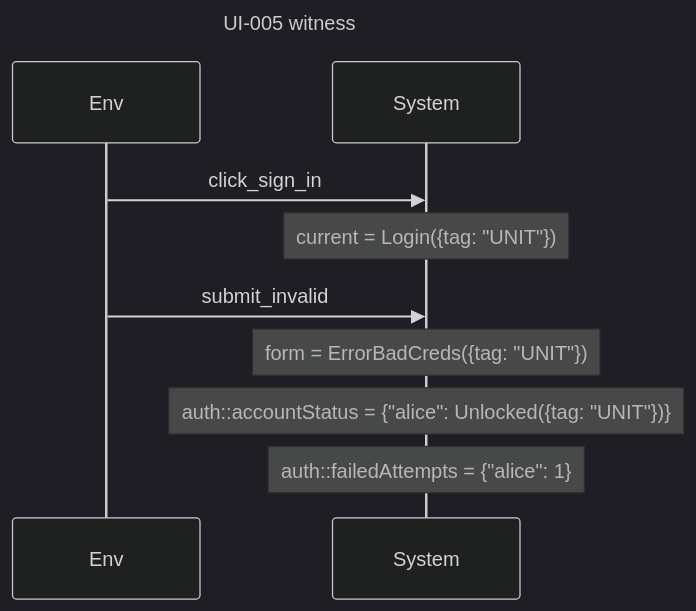
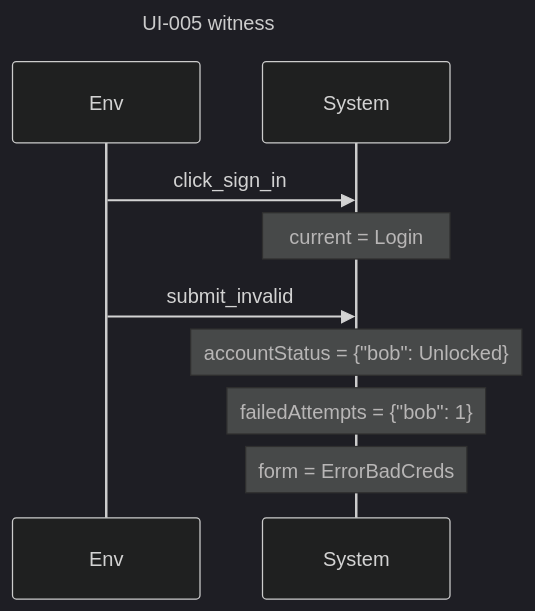
The sixth of 8 diagrams in examples/specs/auth-ui.readback.md (AlesKracik/quintessence), drawn with Mermaid (dark theme) before and after one commit. The commit also changed other lines of this file and 53 other files, not shown here.

````diff
--- a/examples/specs/auth-ui.readback.md
+++ b/examples/specs/auth-ui.readback.md
@@ -538,12 +544,12 @@
 ```mermaid
 sequenceDiagram
     title UI-005 witness
     participant E as Env
     participant S as System
     E->>S: click_sign_in
-    Note over S: current = Login({tag: "UNIT"})
+    Note over S: current = Login
     E->>S: submit_invalid
-    Note over S: form = ErrorBadCreds({tag: "UNIT"})
-    Note over S: auth::accountStatus = {"alice": Unlocked({tag: "UNIT"})}
-    Note over S: auth::failedAttempts = {"alice": 1}
+    Note over S: accountStatus = {"bob": Unlocked}
+    Note over S: failedAttempts = {"bob": 1}
+    Note over S: form = ErrorBadCreds
 ```
````
